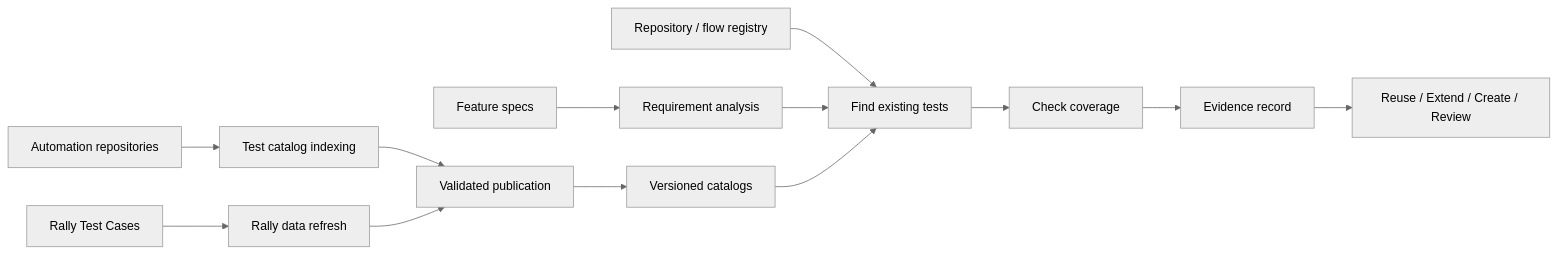
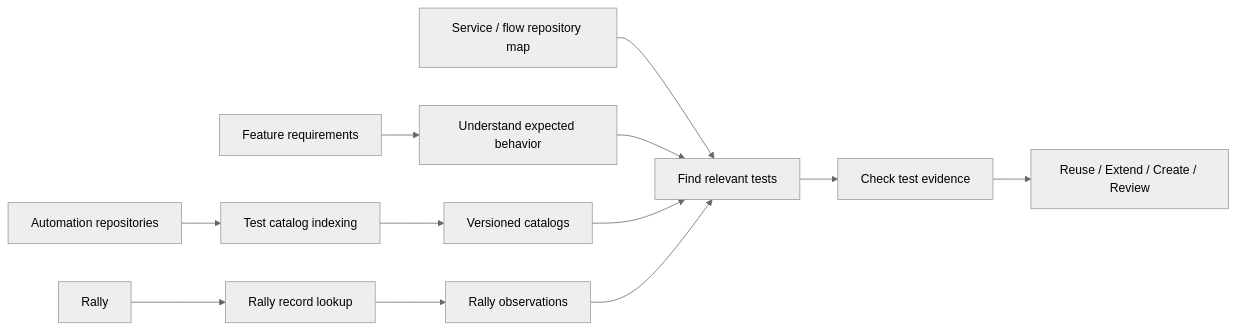
One commit to ghostlives/qa-catalog-indexing-architecture changed the diagram in README.md. Above: the diagram before and after it, drawn with Mermaid (neutral theme). The commit also changed other lines of this file and 8 other files, not shown here.

````diff
--- a/README.md
+++ b/README.md
@@ -37,15 +17,14 @@
 ```mermaid
 flowchart LR
     A["Automation repositories"] --> B["Test catalog indexing"]
-    B --> P["Validated publication"]
-    R["Rally Test Cases"] --> E["Rally data refresh"]
-    E --> P
-    P --> C["Versioned catalogs"]
-    S["Feature specs"] --> N["Requirement analysis"]
-    G["Repository / flow registry"] --> Q["Find existing tests"]
-    N --> Q
-    C --> Q
-    Q --> V["Check coverage"]
-    V --> D["Evidence record"]
-    D --> O["Reuse / Extend / Create / Review"]
+    B --> C["Versioned catalogs"]
+    R["Rally"] --> D["Rally record lookup"]
+    D --> E["Rally observations"]
+    S["Feature requirements"] --> F["Understand expected behavior"]
+    G["Service / flow repository map"] --> H["Find relevant tests"]
+    F --> H
+    C --> H
+    E --> H
+    H --> I["Check test evidence"]
+    I --> J["Reuse / Extend / Create / Review"]
 ```
````
